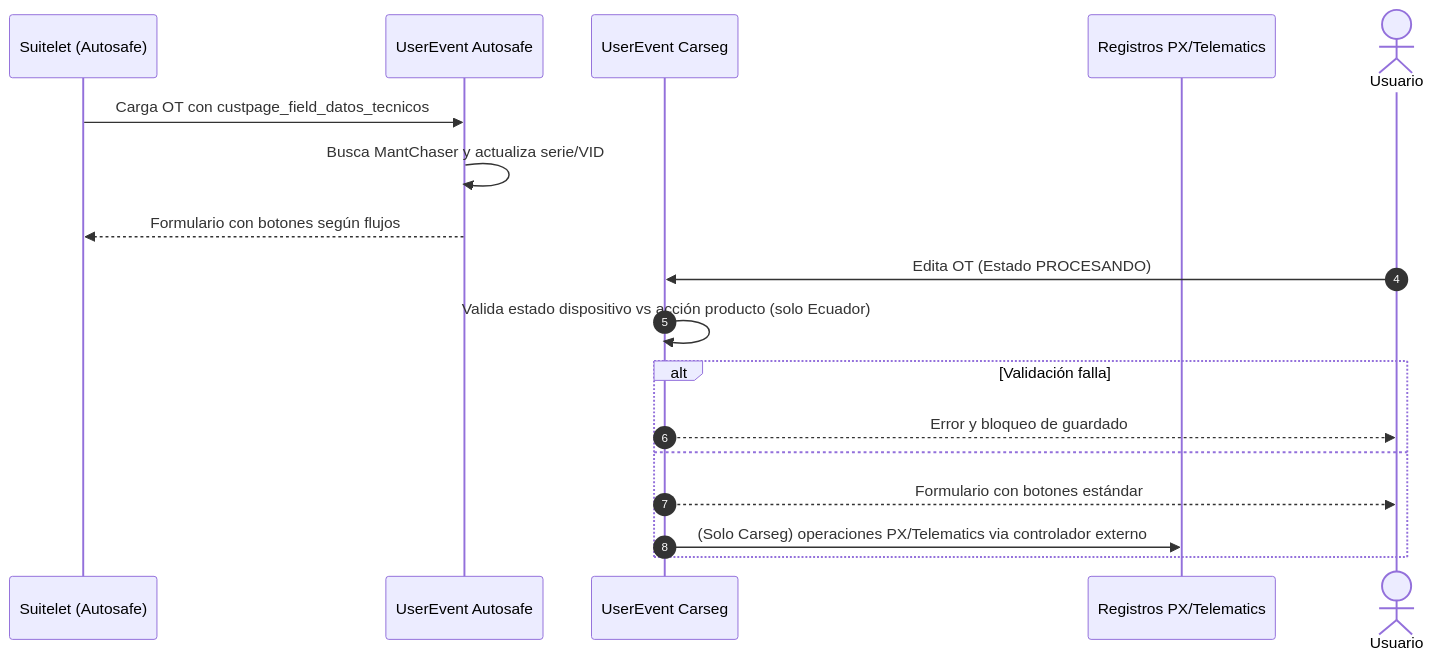
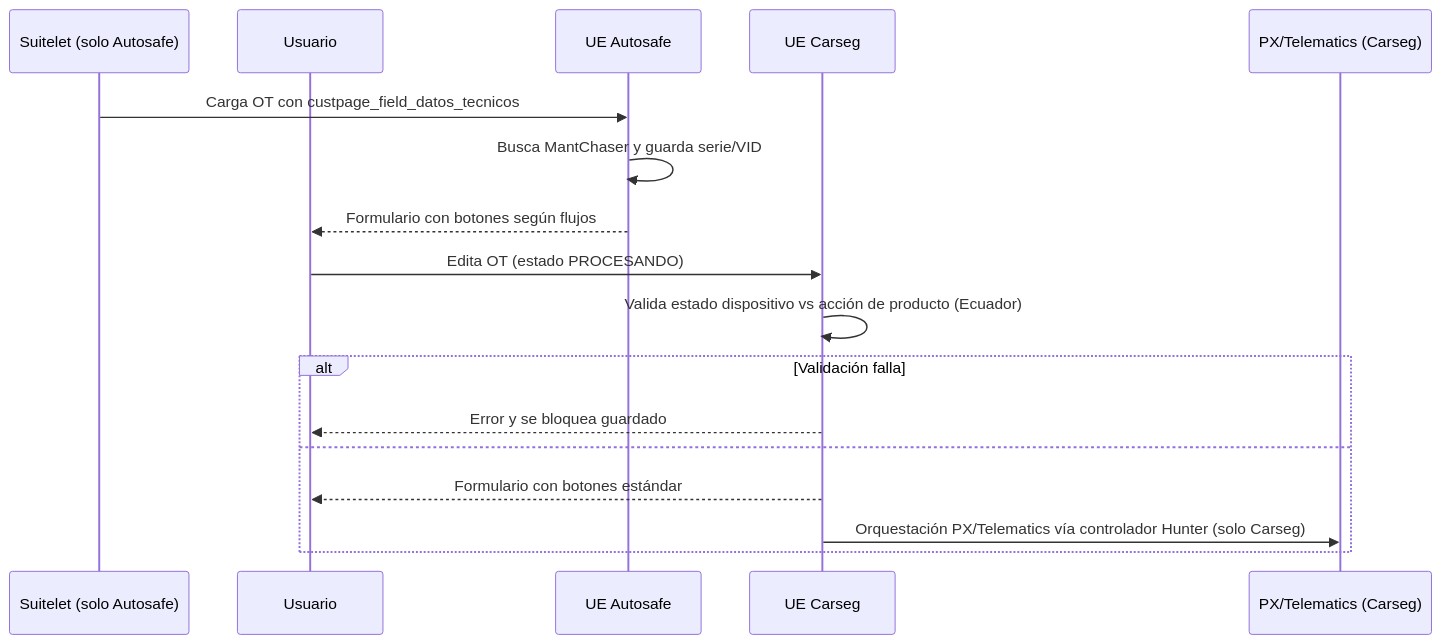
One commit to ZmasterC39/Prueba-Netsuite1 changed the second of 2 diagrams in COMPARISON.md. Above: the diagram before and after it, drawn with Mermaid. The commit also changed other lines of this file, not shown here.

Commit message:
Expand Autosafe vs Carseg comparison

````diff
--- a/COMPARISON.md
+++ b/COMPARISON.md
@@ -50,22 +62,21 @@
 ```mermaid
 sequenceDiagram
-    participant Suitelet as Suitelet (Autosafe)
-    participant UE_A as UserEvent Autosafe
-    participant UE_C as UserEvent Carseg
-    participant Plataforma as Registros PX/Telematics
+    participant Suitelet as Suitelet (solo Autosafe)
+    participant Usuario
+    participant UE_A as UE Autosafe
+    participant UE_C as UE Carseg
+    participant PX as PX/Telematics (Carseg)
 
     Suitelet->>UE_A: Carga OT con custpage_field_datos_tecnicos
-    UE_A->>UE_A: Busca MantChaser y actualiza serie/VID
-    UE_A-->>Suitelet: Formulario con botones según flujos
+    UE_A->>UE_A: Busca MantChaser y guarda serie/VID
+    UE_A-->>Usuario: Formulario con botones según flujos
 
-    autonumber
-    actor Usuario
-    Usuario->>UE_C: Edita OT (Estado PROCESANDO)
-    UE_C->>UE_C: Valida estado dispositivo vs acción producto (solo Ecuador)
+    Usuario->>UE_C: Edita OT (estado PROCESANDO)
+    UE_C->>UE_C: Valida estado dispositivo vs acción de producto (Ecuador)
     alt Validación falla
-        UE_C-->>Usuario: Error y bloqueo de guardado
+        UE_C-->>Usuario: Error y se bloquea guardado
     else
         UE_C-->>Usuario: Formulario con botones estándar
-        UE_C->>Plataforma: (Solo Carseg) operaciones PX/Telematics via controlador externo
+        UE_C->>PX: Orquestación PX/Telematics vía controlador Hunter (solo Carseg)
     end
 ```
````
